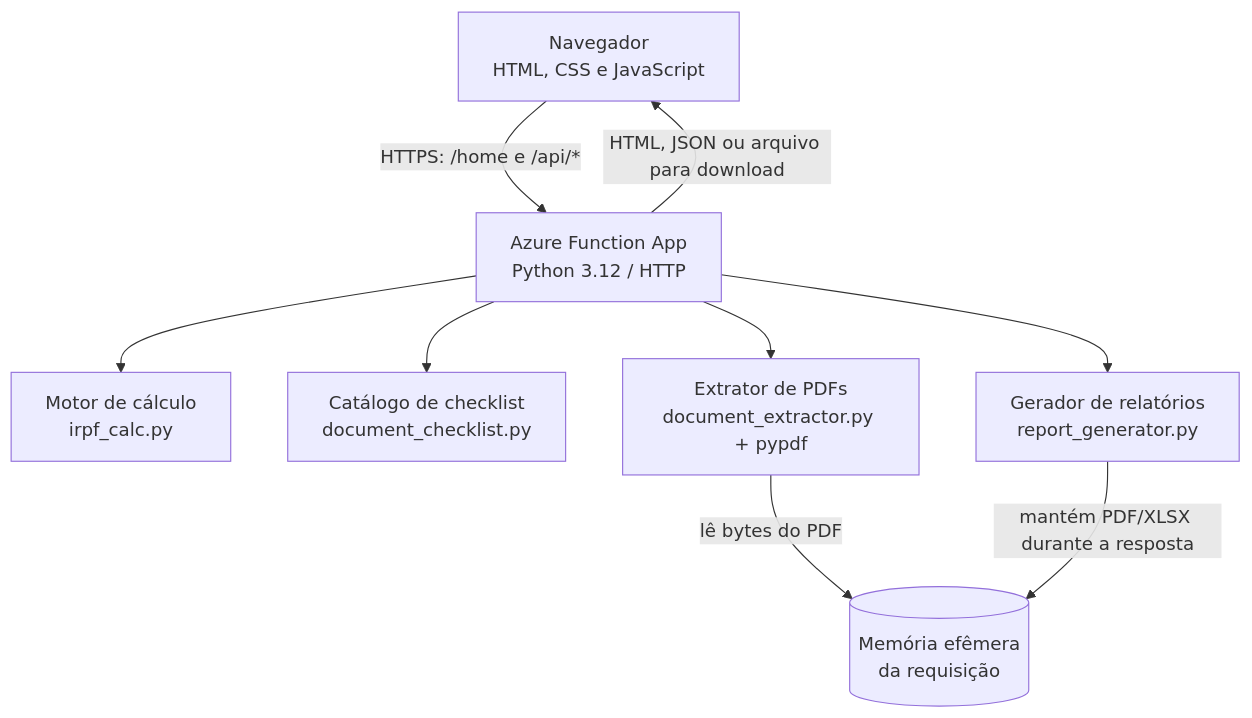
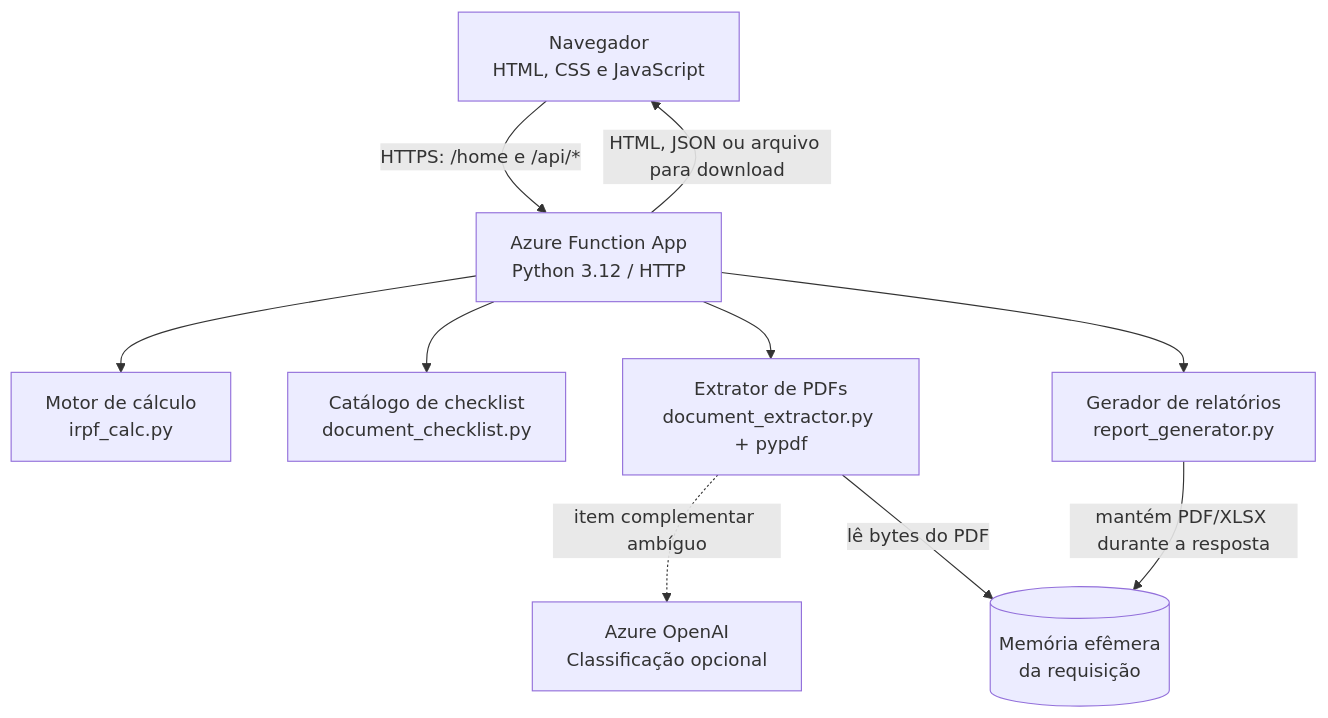
Before and after one commit to jaquelinerufino/irpf-helper: the second of 4 diagrams in docs/c4-model.md, drawn with Mermaid. The commit also changed other lines of this file and 15 other files, not shown here.

````diff
--- a/docs/c4-model.md
+++ b/docs/c4-model.md
@@ -24,19 +26,21 @@
 ```mermaid
 flowchart TB
     browser["Navegador\nHTML, CSS e JavaScript"]
     function["Azure Function App\nPython 3.12 / HTTP"]
     calc["Motor de cálculo\nirpf_calc.py"]
     checklist["Catálogo de checklist\ndocument_checklist.py"]
     extract["Extrator de PDFs\ndocument_extractor.py + pypdf"]
     reports["Gerador de relatórios\nreport_generator.py"]
+    openai["Azure OpenAI\nClassificação opcional"]
     memory[("Memória efêmera\nda requisição")]
 
     browser -->|"HTTPS: /home e /api/*"| function
     function --> calc
     function --> checklist
     function --> extract
     function --> reports
+    extract -. "item complementar ambíguo" .-> openai
     extract -->|"lê bytes do PDF"| memory
     reports -->|"mantém PDF/XLSX durante a resposta"| memory
     function -->|"HTML, JSON ou arquivo para download"| browser
 ```
````
